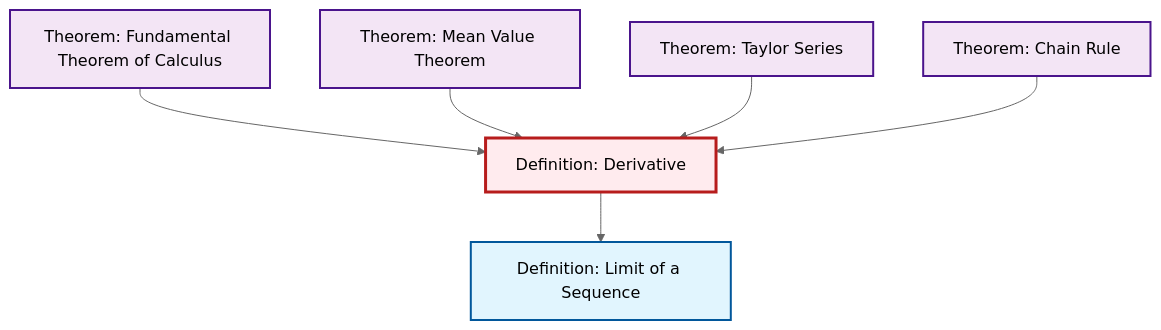
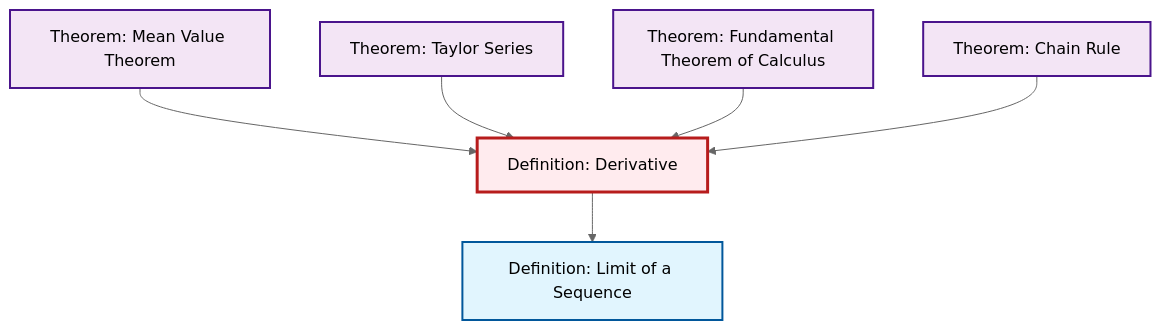
One commit to RK0429/ModernMath changed the second of 2 diagrams in content/en/analysis/def-derivative.qmd. Above: the diagram before and after it, drawn with Mermaid (neutral theme). The commit also changed other lines of this file and 597 other files, not shown here.

````diff
--- a/content/en/analysis/def-derivative.qmd
+++ b/content/en/analysis/def-derivative.qmd
@@ -88,26 +88,26 @@
 ```{mermaid}
 %%| fig-cap: "Local dependency graph"
 graph TD
     classDef definition fill:#e1f5fe,stroke:#01579b,stroke-width:2px
     classDef theorem fill:#f3e5f5,stroke:#4a148c,stroke-width:2px
     classDef axiom fill:#fff3e0,stroke:#e65100,stroke-width:2px
     classDef example fill:#e8f5e9,stroke:#1b5e20,stroke-width:2px
     classDef current fill:#ffebee,stroke:#b71c1c,stroke-width:3px
-    thm-taylor-series["Theorem: Taylor Series"]:::theorem
+    def-derivative["Definition: Derivative"]:::definition
     thm-mean-value["Theorem: Mean Value Theorem"]:::theorem
     thm-chain-rule["Theorem: Chain Rule"]:::theorem
+    thm-fundamental-calculus["Theorem: Fundamental Theorem of Calculus"]:::theorem
+    thm-taylor-series["Theorem: Taylor Series"]:::theorem
     def-limit["Definition: Limit of a Sequence"]:::definition
-    def-derivative["Definition: Derivative"]:::definition
-    thm-fundamental-calculus["Theorem: Fundamental Theorem of Calculus"]:::theorem
+    thm-mean-value --> def-derivative
+    thm-taylor-series --> def-derivative
+    def-derivative --> def-limit
     thm-fundamental-calculus --> def-derivative
-    thm-mean-value --> def-derivative
-    def-derivative --> def-limit
-    thm-taylor-series --> def-derivative
     thm-chain-rule --> def-derivative
     class def-derivative current
-    click thm-taylor-series "thm-taylor-series.html" "Go to Taylor Series theorem"
     click thm-mean-value "thm-mean-value.html" "Go to Mean Value Theorem theorem"
     click thm-chain-rule "thm-chain-rule.html" "Go to Chain Rule theorem"
+    click thm-fundamental-calculus "thm-fundamental-calculus.html" "Go to Fundamental Theorem of Calculus theorem"
+    click thm-taylor-series "thm-taylor-series.html" "Go to Taylor Series theorem"
     click def-limit "def-limit.html" "Go to Limit of a Sequence definition"
-    click thm-fundamental-calculus "thm-fundamental-calculus.html" "Go to Fundamental Theorem of Calculus theorem"
 ```
````
